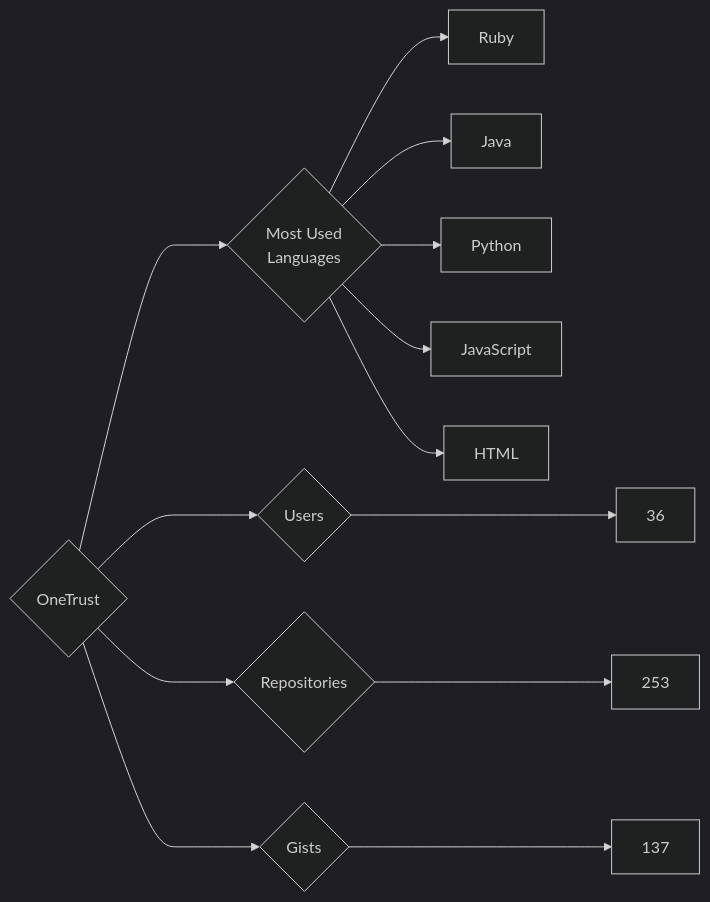
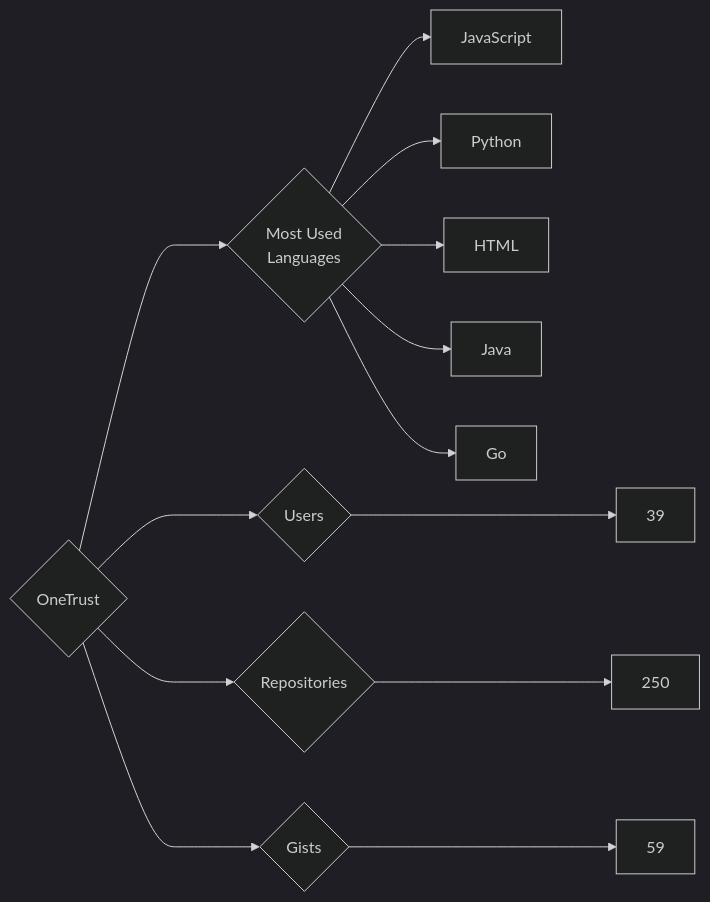
The diagram in targets/OneTrust/README.md (trickest/insiders), drawn with Mermaid (dark theme) before and after one commit. The commit also changed 877 other files, not shown here.

````diff
--- a/targets/OneTrust/README.md
+++ b/targets/OneTrust/README.md
@@ -3,13 +3,13 @@
 ```mermaid
 graph LR
 COMPANY_NAME{OneTrust}
-COMPANY_NAME ---> U{Users} ---> UN[36]
-COMPANY_NAME ---> R{Repositories} ---> RN[253]
-COMPANY_NAME ---> G{Gists} ---> GN[137]
+COMPANY_NAME ---> U{Users} ---> UN[39]
+COMPANY_NAME ---> R{Repositories} ---> RN[250]
+COMPANY_NAME ---> G{Gists} ---> GN[59]
 COMPANY_NAME ---> ML{Most Used<br>Languages}
-ML --> Ruby[Ruby]
+ML --> JavaScript[JavaScript]
+ML --> Python[Python]
+ML --> HTML[HTML]
 ML --> Java[Java]
-ML --> Python[Python]
-ML --> JavaScript[JavaScript]
-ML --> HTML[HTML]
+ML --> Go[Go]
 ```
````
